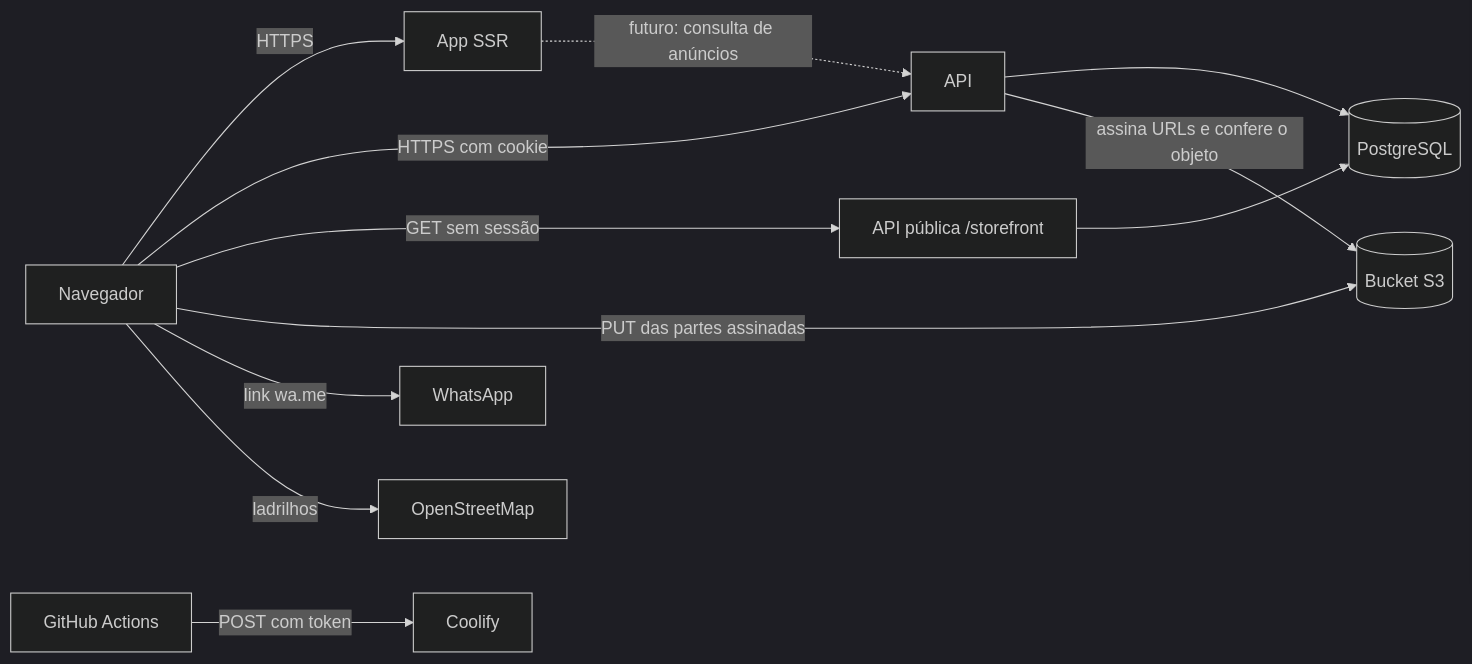
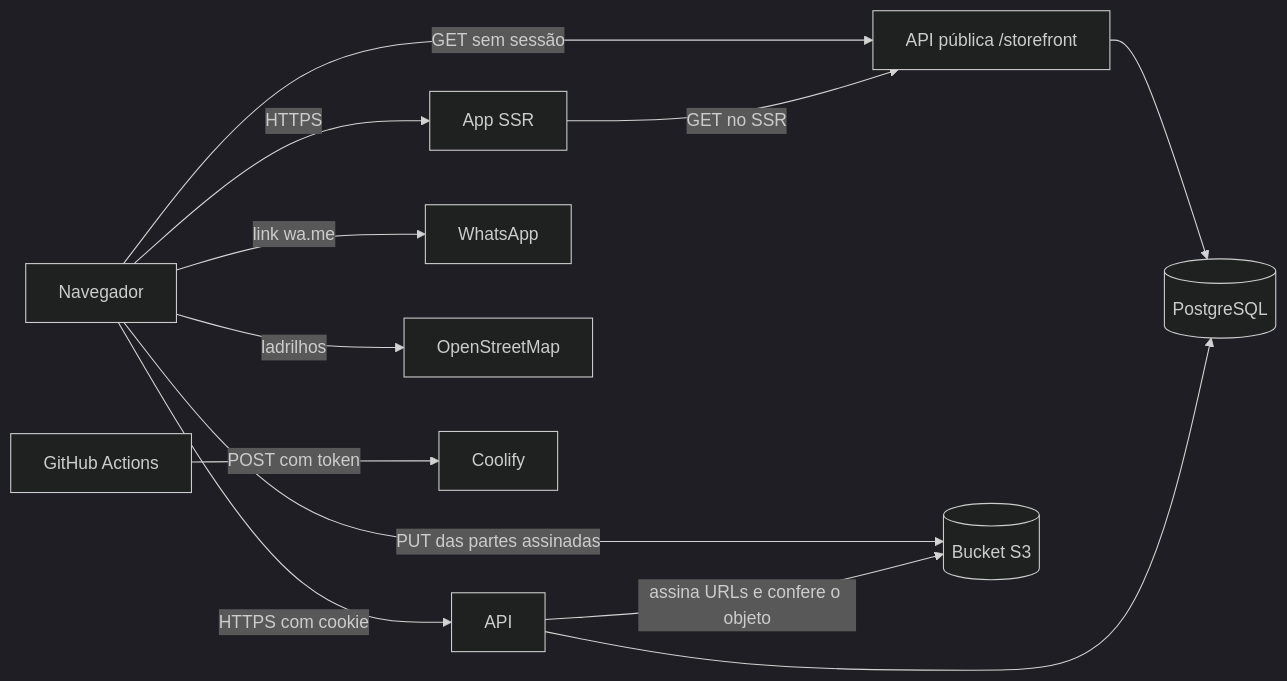
One commit to jhollyfer/aporta changed the diagram in docs/SECURITY.md. Above: the diagram before and after it, drawn with Mermaid (dark theme). The commit also changed other lines of this file and 10 other files, not shown here.

````diff
--- a/docs/SECURITY.md
+++ b/docs/SECURITY.md
@@ -35,14 +35,14 @@
 ```mermaid
 flowchart LR
   user[Navegador] -->|HTTPS| web[App SSR]
   user -->|HTTPS com cookie| api[API]
   user -->|GET sem sessão| pub[API pública /storefront]
   pub --> db
   user -->|PUT das partes assinadas| bucket[(Bucket S3)]
-  web -.->|futuro: consulta de anúncios| api
+  web -->|GET no SSR| pub
   api --> db[(PostgreSQL)]
   api -->|assina URLs e confere o objeto| bucket
   user -->|link wa.me| wa[WhatsApp]
   user -->|ladrilhos| osm[OpenStreetMap]
   ci[GitHub Actions] -->|POST com token| coolify[Coolify]
 ```
````
